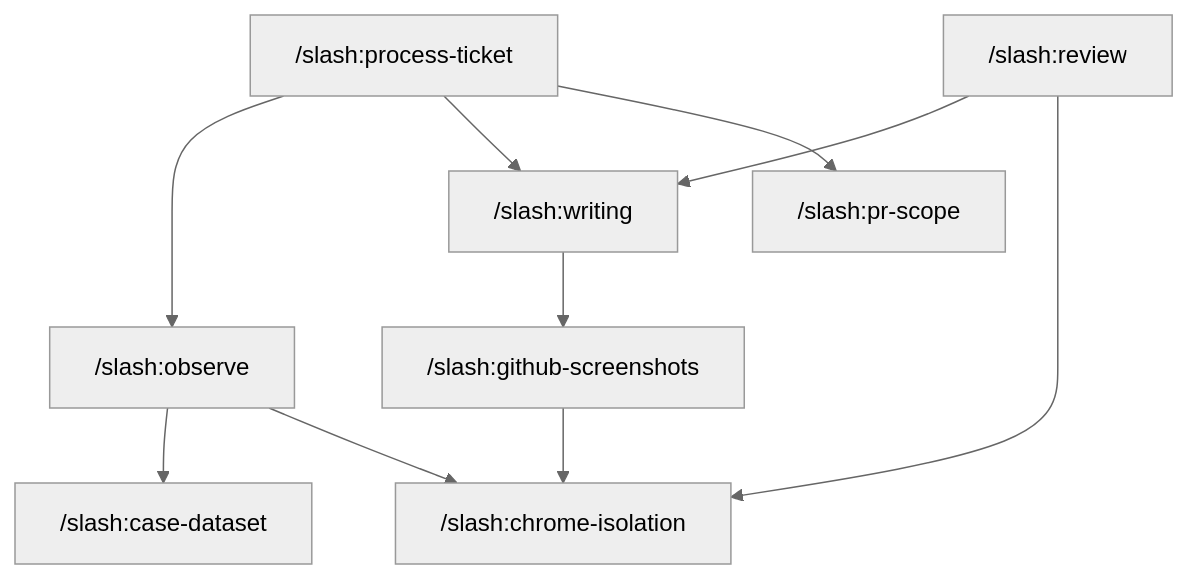
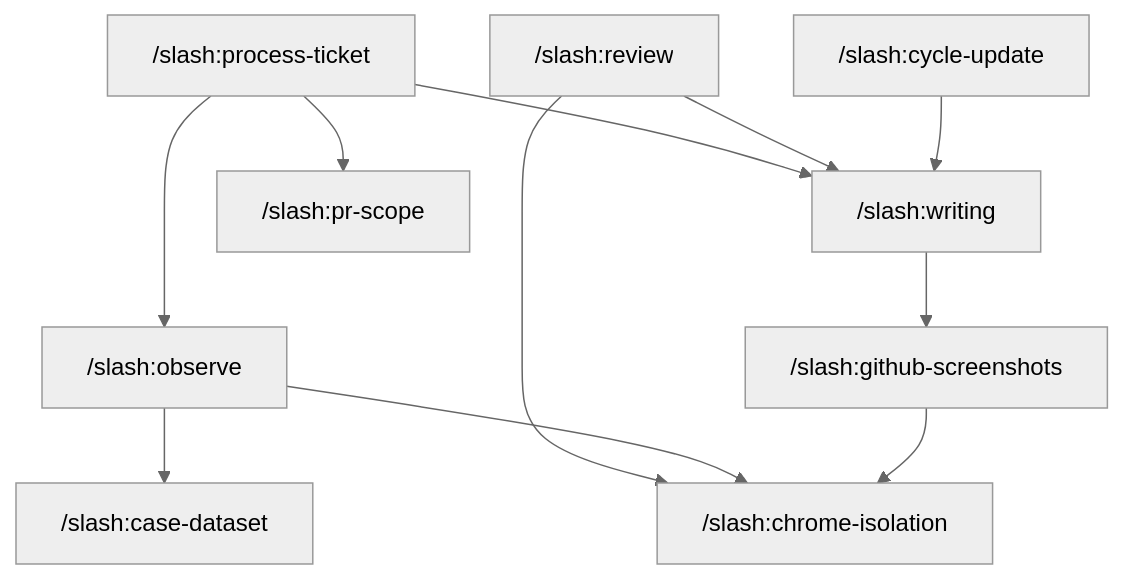
Before and after one commit to vinslash/claude-custom: the second of 2 diagrams in README.md, drawn with Mermaid (neutral theme). The commit also changed other lines of this file and 2 other files, not shown here.

````diff
--- a/README.md
+++ b/README.md
@@ -104,21 +108,23 @@
 ```mermaid
 flowchart TD
     pt["/slash:process-ticket"]
     rv["/slash:review"]
     co["/slash:observe"]
     re["/slash:writing"]
     rd["/slash:case-dataset"]
     sc["/slash:pr-scope"]
     cg["/slash:github-screenshots"]
     ca["/slash:chrome-isolation"]
+    cu["/slash:cycle-update"]
 
     pt --> co
     pt --> re
     pt --> sc
     rv --> re
     rv --> ca
     co --> rd
     co --> ca
     re --> cg
     cg --> ca
+    cu --> re
 ```
````
